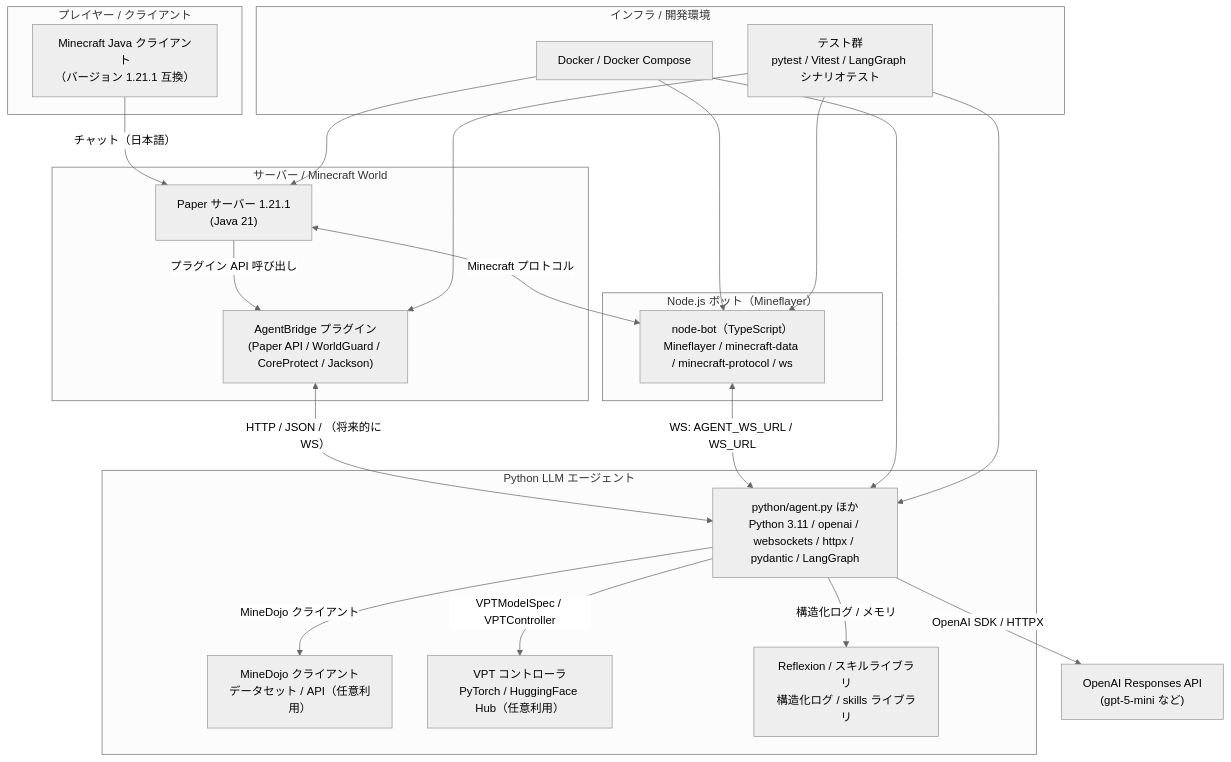
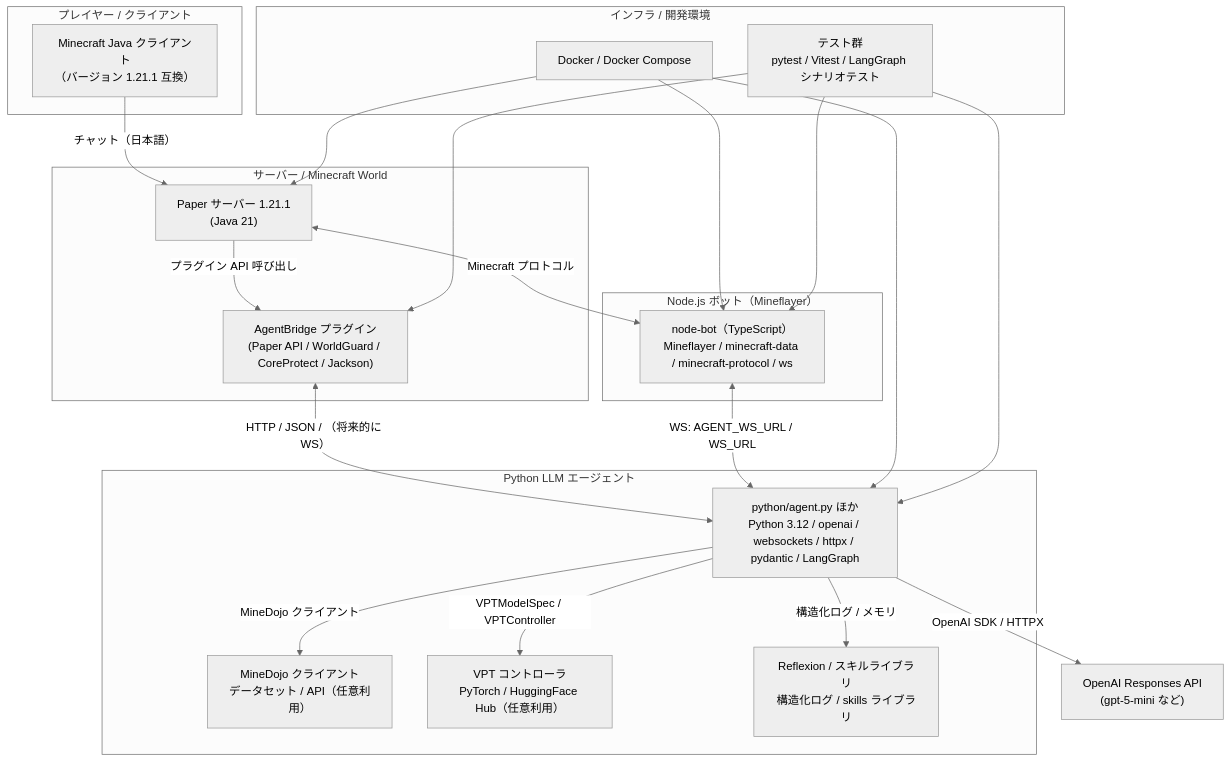
Before and after one commit to RiSEblackbird/mc-bot-egent-practice-1: the first of 2 diagrams in docs/tech_stack_diagram.md, drawn with Mermaid (neutral theme). The commit also changed other lines of this file and 3 other files, not shown here.

````diff
--- a/docs/tech_stack_diagram.md
+++ b/docs/tech_stack_diagram.md
@@ -11,60 +11,60 @@
 ```mermaid
 graph TD
     %% プレイヤー / クライアント層
     subgraph Client["プレイヤー / クライアント"]
         Player["Minecraft Java クライアント<br/>（バージョン 1.21.1 互換）"]
     end
 
     %% サーバー層（Minecraft World）
     subgraph Server["サーバー / Minecraft World"]
         Paper["Paper サーバー 1.21.1<br/>(Java 21)"]
         AgentBridge["AgentBridge プラグイン<br/>(Paper API / WorldGuard / CoreProtect / Jackson)"]
     end
 
     %% Node.js ボット層
     subgraph NodeLayer["Node.js ボット（Mineflayer）"]
         NodeBot["node-bot（TypeScript）<br/>Mineflayer / minecraft-data / minecraft-protocol / ws"]
     end
 
     %% Python LLM エージェント層
     subgraph PythonLayer["Python LLM エージェント"]
-        PyAgent["python/agent.py ほか<br/>Python 3.11 / openai / websockets / httpx / pydantic / LangGraph"]
+        PyAgent["python/agent.py ほか<br/>Python 3.12 / openai / websockets / httpx / pydantic / LangGraph"]
         MineDojo["MineDojo クライアント<br/>データセット / API（任意利用）"]
         VPT["VPT コントローラ<br/>PyTorch / HuggingFace Hub（任意利用）"]
         Reflexion["Reflexion / スキルライブラリ<br/>構造化ログ / skills ライブラリ"]
     end
 
     %% インフラ・開発支援層
     subgraph Infra["インフラ / 開発環境"]
         Docker["Docker / Docker Compose"]
         Tests["テスト群<br/>pytest / Vitest / LangGraph シナリオテスト"]
     end
 
     %% 外部 LLM / API
     OpenAI["OpenAI Responses API<br/>(gpt-5-mini など)"]
 
     %% 経路
     Player -->|"チャット（日本語）"| Paper
     Paper -->|"プラグイン API 呼び出し"| AgentBridge
 
     %% Paper とボット・エージェントとの連携
     Paper <-->|"Minecraft プロトコル"| NodeBot
     AgentBridge <-->|"HTTP / JSON / （将来的に WS）"| PyAgent
 
     %% Node と Python の WebSocket 連携
     NodeBot <-->|"WS: AGENT_WS_URL / WS_URL"| PyAgent
 
     %% LLM / 外部サービス
     PyAgent -->|"OpenAI SDK / HTTPX"| OpenAI
     PyAgent -->|"MineDojo クライアント"| MineDojo
     PyAgent -->|"VPTModelSpec / VPTController"| VPT
     PyAgent -->|"構造化ログ / メモリ"| Reflexion
 
     %% インフラから各サービスへの依存
     Docker --> NodeBot
     Docker --> PyAgent
     Docker --> Paper
     Tests --> NodeBot
     Tests --> PyAgent
     Tests --> AgentBridge
 ```
````
